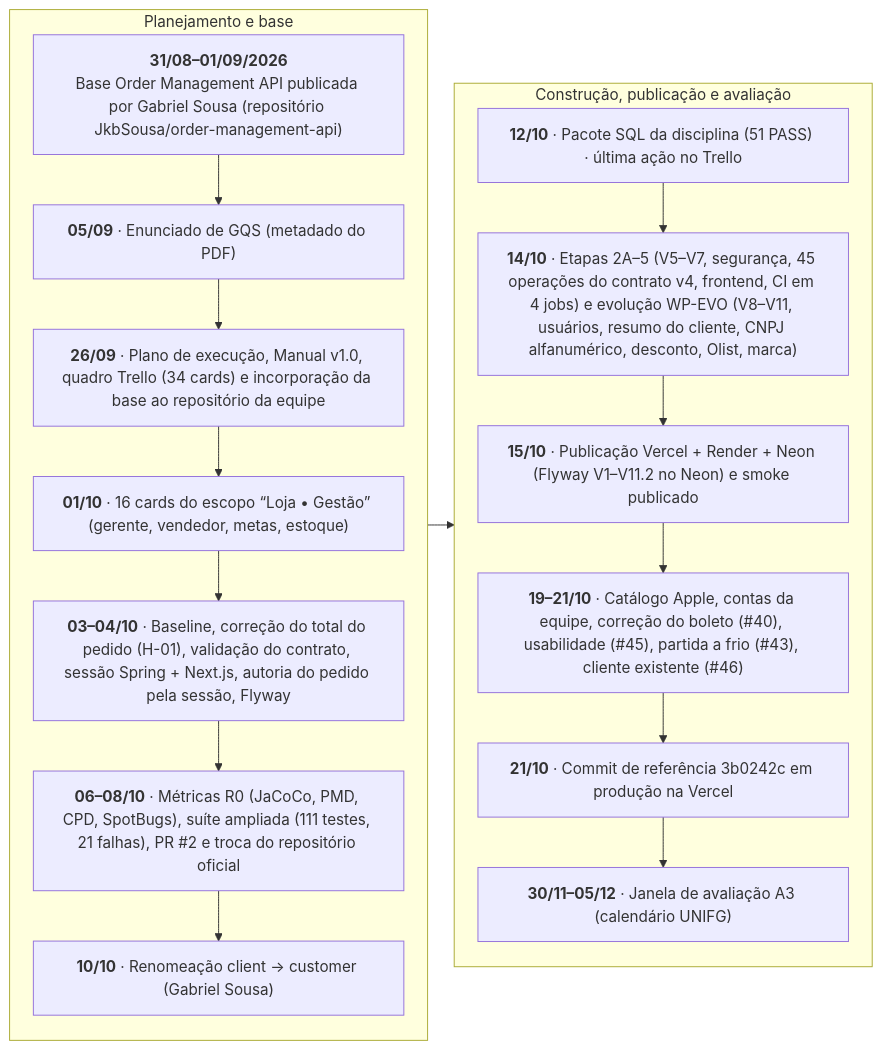
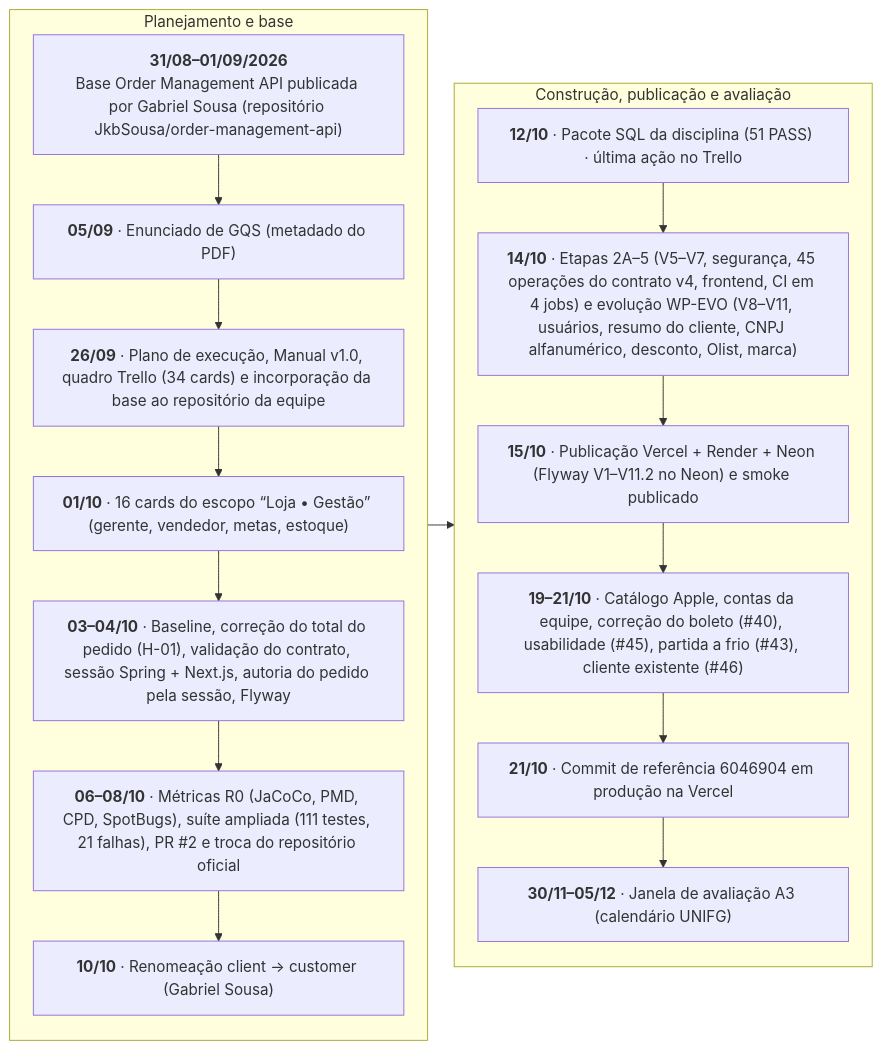
The diagram in docs/08-entregas/relatorio-academico-2026-10-24/diagramas/fonte/D13_linha_do_tempo.mmd (matheussiqueira-dev/SBI--Super-Business-Intelligence), drawn with Mermaid before and after one commit. The commit also changed 18 other files, not shown here.

```diff
--- a/docs/08-entregas/relatorio-academico-2026-10-24/diagramas/fonte/D13_linha_do_tempo.mmd
+++ b/docs/08-entregas/relatorio-academico-2026-10-24/diagramas/fonte/D13_linha_do_tempo.mmd
@@ -1,24 +1,24 @@
 %%{init: {"flowchart": {"wrappingWidth": 330, "nodeSpacing": 30, "rankSpacing": 28}}}%%
 flowchart LR
   subgraph A["Planejamento e base"]
     direction TB
     T0["<b>31/08–01/09/2026</b><br/>Base Order Management API publicada por Gabriel Sousa (repositório JkbSousa/order-management-api)"]
     T1["<b>05/09</b> · Enunciado de GQS (metadado do PDF)"]
     T2["<b>26/09</b> · Plano de execução, Manual v1.0, quadro Trello (34 cards) e incorporação da base ao repositório da equipe"]
     T3["<b>01/10</b> · 16 cards do escopo “Loja • Gestão” (gerente, vendedor, metas, estoque)"]
     T4["<b>03–04/10</b> · Baseline, correção do total do pedido (H-01), validação do contrato, sessão Spring + Next.js, autoria do pedido pela sessão, Flyway"]
     T5["<b>06–08/10</b> · Métricas R0 (JaCoCo, PMD, CPD, SpotBugs), suíte ampliada (111 testes, 21 falhas), PR #2 e troca do repositório oficial"]
     T6["<b>10/10</b> · Renomeação client → customer (Gabriel Sousa)"]
     T0 --> T1 --> T2 --> T3 --> T4 --> T5 --> T6
   end
   subgraph B["Construção, publicação e avaliação"]
     direction TB
     T7["<b>12/10</b> · Pacote SQL da disciplina (51 PASS) · última ação no Trello"]
     T8["<b>14/10</b> · Etapas 2A–5 (V5–V7, segurança, 45 operações do contrato v4, frontend, CI em 4 jobs) e evolução WP-EVO (V8–V11, usuários, resumo do cliente, CNPJ alfanumérico, desconto, Olist, marca)"]
     T9["<b>15/10</b> · Publicação Vercel + Render + Neon (Flyway V1–V11.2 no Neon) e smoke publicado"]
     T10["<b>19–21/10</b> · Catálogo Apple, contas da equipe, correção do boleto (#40), usabilidade (#45), partida a frio (#43), cliente existente (#46)"]
-    T11["<b>21/10</b> · Commit de referência 3b0242c em produção na Vercel"]
+    T11["<b>21/10</b> · Commit de referência 6046904 em produção na Vercel"]
     T12["<b>30/11–05/12</b> · Janela de avaliação A3 (calendário UNIFG)"]
     T7 --> T8 --> T9 --> T10 --> T11 --> T12
   end
   A --> B
```
